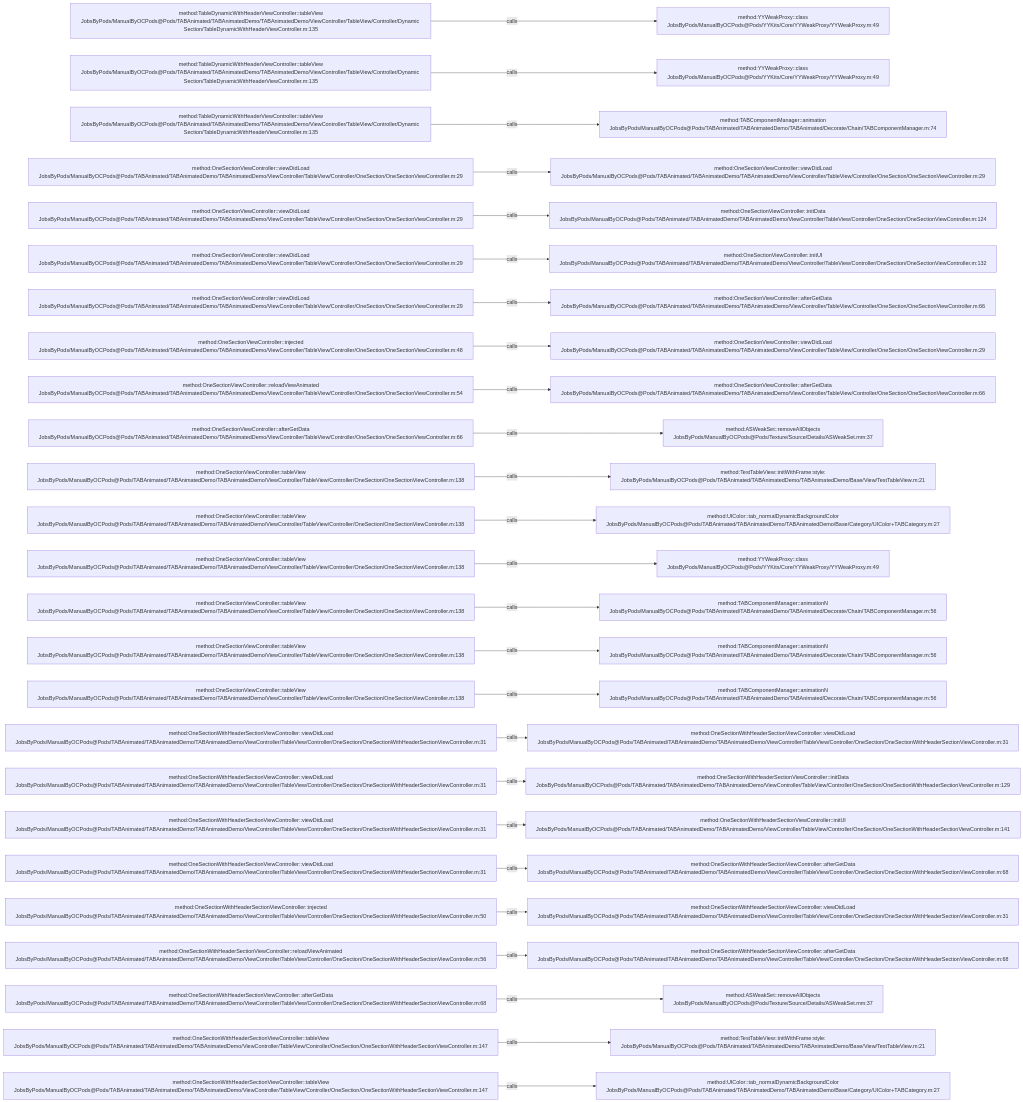
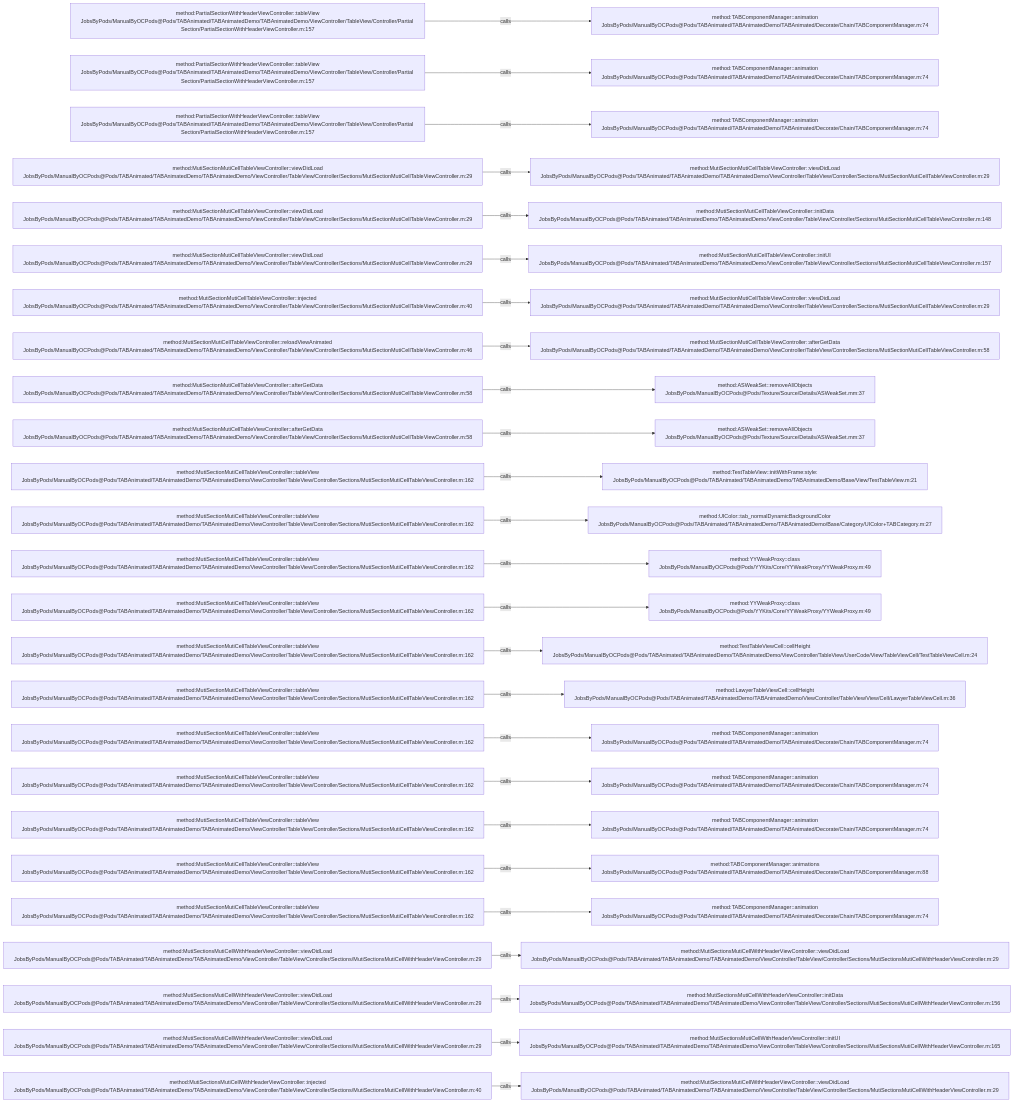
Before and after one commit to JobsKits/JobsOCBaseConfigDemo: the diagram in .codegraph/codegraph.md/graphs/calls-048.md, drawn with Mermaid. The commit also changed 2723 other files, not shown here.

````diff
--- a/.codegraph/codegraph.md/graphs/calls-048.md
+++ b/.codegraph/codegraph.md/graphs/calls-048.md
@@ -13,78 +13,78 @@
 ```mermaid
 flowchart LR
-  S1["method:TableDynamicWithHeaderViewController::tableView<br/>JobsByPods/ManualByOCPods@Pods/TABAnimated/TABAnimatedDemo/TABAnimatedDemo/ViewController/TableView/Controller/Dynamic Section/TableDynamicWithHeaderViewController.m:135"]
-  T1["method:YYWeakProxy::class<br/>JobsByPods/ManualByOCPods@Pods/YYKits/Core/YYWeakProxy/YYWeakProxy.m:49"]
+  S1["method:PartialSectionWithHeaderViewController::tableView<br/>JobsByPods/ManualByOCPods@Pods/TABAnimated/TABAnimatedDemo/TABAnimatedDemo/ViewController/TableView/Controller/Partial Section/PartialSectionWithHeaderViewController.m:157"]
+  T1["method:TABComponentManager::animation<br/>JobsByPods/ManualByOCPods@Pods/TABAnimated/TABAnimatedDemo/TABAnimated/Decorate/Chain/TABComponentManager.m:74"]
   S1 -->|calls| T1
-  S2["method:TableDynamicWithHeaderViewController::tableView<br/>JobsByPods/ManualByOCPods@Pods/TABAnimated/TABAnimatedDemo/TABAnimatedDemo/ViewController/TableView/Controller/Dynamic Section/TableDynamicWithHeaderViewController.m:135"]
-  T2["method:YYWeakProxy::class<br/>JobsByPods/ManualByOCPods@Pods/YYKits/Core/YYWeakProxy/YYWeakProxy.m:49"]
+  S2["method:PartialSectionWithHeaderViewController::tableView<br/>JobsByPods/ManualByOCPods@Pods/TABAnimated/TABAnimatedDemo/TABAnimatedDemo/ViewController/TableView/Controller/Partial Section/PartialSectionWithHeaderViewController.m:157"]
+  T2["method:TABComponentManager::animation<br/>JobsByPods/ManualByOCPods@Pods/TABAnimated/TABAnimatedDemo/TABAnimated/Decorate/Chain/TABComponentManager.m:74"]
   S2 -->|calls| T2
-  S3["method:TableDynamicWithHeaderViewController::tableView<br/>JobsByPods/ManualByOCPods@Pods/TABAnimated/TABAnimatedDemo/TABAnimatedDemo/ViewController/TableView/Controller/Dynamic Section/TableDynamicWithHeaderViewController.m:135"]
+  S3["method:PartialSectionWithHeaderViewController::tableView<br/>JobsByPods/ManualByOCPods@Pods/TABAnimated/TABAnimatedDemo/TABAnimatedDemo/ViewController/TableView/Controller/Partial Section/PartialSectionWithHeaderViewController.m:157"]
   T3["method:TABComponentManager::animation<br/>JobsByPods/ManualByOCPods@Pods/TABAnimated/TABAnimatedDemo/TABAnimated/Decorate/Chain/TABComponentManager.m:74"]
   S3 -->|calls| T3
-  S4["method:OneSectionViewController::viewDidLoad<br/>JobsByPods/ManualByOCPods@Pods/TABAnimated/TABAnimatedDemo/TABAnimatedDemo/ViewController/TableView/Controller/OneSection/OneSectionViewController.m:29"]
-  T4["method:OneSectionViewController::viewDidLoad<br/>JobsByPods/ManualByOCPods@Pods/TABAnimated/TABAnimatedDemo/TABAnimatedDemo/ViewController/TableView/Controller/OneSection/OneSectionViewController.m:29"]
+  S4["method:MutiSectionMutiCellTableViewController::viewDidLoad<br/>JobsByPods/ManualByOCPods@Pods/TABAnimated/TABAnimatedDemo/TABAnimatedDemo/ViewController/TableView/Controller/Sections/MutiSectionMutiCellTableViewController.m:29"]
+  T4["method:MutiSectionMutiCellTableViewController::viewDidLoad<br/>JobsByPods/ManualByOCPods@Pods/TABAnimated/TABAnimatedDemo/TABAnimatedDemo/ViewController/TableView/Controller/Sections/MutiSectionMutiCellTableViewController.m:29"]
   S4 -->|calls| T4
-  S5["method:OneSectionViewController::viewDidLoad<br/>JobsByPods/ManualByOCPods@Pods/TABAnimated/TABAnimatedDemo/TABAnimatedDemo/ViewController/TableView/Controller/OneSection/OneSectionViewController.m:29"]
-  T5["method:OneSectionViewController::initData<br/>JobsByPods/ManualByOCPods@Pods/TABAnimated/TABAnimatedDemo/TABAnimatedDemo/ViewController/TableView/Controller/OneSection/OneSectionViewController.m:124"]
+  S5["method:MutiSectionMutiCellTableViewController::viewDidLoad<br/>JobsByPods/ManualByOCPods@Pods/TABAnimated/TABAnimatedDemo/TABAnimatedDemo/ViewController/TableView/Controller/Sections/MutiSectionMutiCellTableViewController.m:29"]
+  T5["method:MutiSectionMutiCellTableViewController::initData<br/>JobsByPods/ManualByOCPods@Pods/TABAnimated/TABAnimatedDemo/TABAnimatedDemo/ViewController/TableView/Controller/Sections/MutiSectionMutiCellTableViewController.m:148"]
   S5 -->|calls| T5
-  S6["method:OneSectionViewController::viewDidLoad<br/>JobsByPods/ManualByOCPods@Pods/TABAnimated/TABAnimatedDemo/TABAnimatedDemo/ViewController/TableView/Controller/OneSection/OneSectionViewController.m:29"]
-  T6["method:OneSectionViewController::initUI<br/>JobsByPods/ManualByOCPods@Pods/TABAnimated/TABAnimatedDemo/TABAnimatedDemo/ViewController/TableView/Controller/OneSection/OneSectionViewController.m:132"]
+  S6["method:MutiSectionMutiCellTableViewController::viewDidLoad<br/>JobsByPods/ManualByOCPods@Pods/TABAnimated/TABAnimatedDemo/TABAnimatedDemo/ViewController/TableView/Controller/Sections/MutiSectionMutiCellTableViewController.m:29"]
+  T6["method:MutiSectionMutiCellTableViewController::initUI<br/>JobsByPods/ManualByOCPods@Pods/TABAnimated/TABAnimatedDemo/TABAnimatedDemo/ViewController/TableView/Controller/Sections/MutiSectionMutiCellTableViewController.m:157"]
   S6 -->|calls| T6
-  S7["method:OneSectionViewController::viewDidLoad<br/>JobsByPods/ManualByOCPods@Pods/TABAnimated/TABAnimatedDemo/TABAnimatedDemo/ViewController/TableView/Controller/OneSection/OneSectionViewController.m:29"]
-  T7["method:OneSectionViewController::afterGetData<br/>JobsByPods/ManualByOCPods@Pods/TABAnimated/TABAnimatedDemo/TABAnimatedDemo/ViewController/TableView/Controller/OneSection/OneSectionViewController.m:66"]
+  S7["method:MutiSectionMutiCellTableViewController::injected<br/>JobsByPods/ManualByOCPods@Pods/TABAnimated/TABAnimatedDemo/TABAnimatedDemo/ViewController/TableView/Controller/Sections/MutiSectionMutiCellTableViewController.m:40"]
+  T7["method:MutiSectionMutiCellTableViewController::viewDidLoad<br/>JobsByPods/ManualByOCPods@Pods/TABAnimated/TABAnimatedDemo/TABAnimatedDemo/ViewController/TableView/Controller/Sections/MutiSectionMutiCellTableViewController.m:29"]
   S7 -->|calls| T7
-  S8["method:OneSectionViewController::injected<br/>JobsByPods/ManualByOCPods@Pods/TABAnimated/TABAnimatedDemo/TABAnimatedDemo/ViewController/TableView/Controller/OneSection/OneSectionViewController.m:48"]
-  T8["method:OneSectionViewController::viewDidLoad<br/>JobsByPods/ManualByOCPods@Pods/TABAnimated/TABAnimatedDemo/TABAnimatedDemo/ViewController/TableView/Controller/OneSection/OneSectionViewController.m:29"]
+  S8["method:MutiSectionMutiCellTableViewController::reloadViewAnimated<br/>JobsByPods/ManualByOCPods@Pods/TABAnimated/TABAnimatedDemo/TABAnimatedDemo/ViewController/TableView/Controller/Sections/MutiSectionMutiCellTableViewController.m:46"]
+  T8["method:MutiSectionMutiCellTableViewController::afterGetData<br/>JobsByPods/ManualByOCPods@Pods/TABAnimated/TABAnimatedDemo/TABAnimatedDemo/ViewController/TableView/Controller/Sections/MutiSectionMutiCellTableViewController.m:58"]
   S8 -->|calls| T8
-  S9["method:OneSectionViewController::reloadViewAnimated<br/>JobsByPods/ManualByOCPods@Pods/TABAnimated/TABAnimatedDemo/TABAnimatedDemo/ViewController/TableView/Controller/OneSection/OneSectionViewController.m:54"]
-  T9["method:OneSectionViewController::afterGetData<br/>JobsByPods/ManualByOCPods@Pods/TABAnimated/TABAnimatedDemo/TABAnimatedDemo/ViewController/TableView/Controller/OneSection/OneSectionViewController.m:66"]
+  S9["method:MutiSectionMutiCellTableViewController::afterGetData<br/>JobsByPods/ManualByOCPods@Pods/TABAnimated/TABAnimatedDemo/TABAnimatedDemo/ViewController/TableView/Controller/Sections/MutiSectionMutiCellTableViewController.m:58"]
+  T9["method:ASWeakSet::removeAllObjects<br/>JobsByPods/ManualByOCPods@Pods/Texture/Source/Details/ASWeakSet.mm:37"]
   S9 -->|calls| T9
-  S10["method:OneSectionViewController::afterGetData<br/>JobsByPods/ManualByOCPods@Pods/TABAnimated/TABAnimatedDemo/TABAnimatedDemo/ViewController/TableView/Controller/OneSection/OneSectionViewController.m:66"]
+  S10["method:MutiSectionMutiCellTableViewController::afterGetData<br/>JobsByPods/ManualByOCPods@Pods/TABAnimated/TABAnimatedDemo/TABAnimatedDemo/ViewController/TableView/Controller/Sections/MutiSectionMutiCellTableViewController.m:58"]
   T10["method:ASWeakSet::removeAllObjects<br/>JobsByPods/ManualByOCPods@Pods/Texture/Source/Details/ASWeakSet.mm:37"]
   S10 -->|calls| T10
-  S11["method:OneSectionViewController::tableView<br/>JobsByPods/ManualByOCPods@Pods/TABAnimated/TABAnimatedDemo/TABAnimatedDemo/ViewController/TableView/Controller/OneSection/OneSectionViewController.m:138"]
+  S11["method:MutiSectionMutiCellTableViewController::tableView<br/>JobsByPods/ManualByOCPods@Pods/TABAnimated/TABAnimatedDemo/TABAnimatedDemo/ViewController/TableView/Controller/Sections/MutiSectionMutiCellTableViewController.m:162"]
   T11["method:TestTableView::initWithFrame:style:<br/>JobsByPods/ManualByOCPods@Pods/TABAnimated/TABAnimatedDemo/TABAnimatedDemo/Base/View/TestTableView.m:21"]
   S11 -->|calls| T11
-  S12["method:OneSectionViewController::tableView<br/>JobsByPods/ManualByOCPods@Pods/TABAnimated/TABAnimatedDemo/TABAnimatedDemo/ViewController/TableView/Controller/OneSection/OneSectionViewController.m:138"]
+  S12["method:MutiSectionMutiCellTableViewController::tableView<br/>JobsByPods/ManualByOCPods@Pods/TABAnimated/TABAnimatedDemo/TABAnimatedDemo/ViewController/TableView/Controller/Sections/MutiSectionMutiCellTableViewController.m:162"]
   T12["method:UIColor::tab_normalDynamicBackgroundColor<br/>JobsByPods/ManualByOCPods@Pods/TABAnimated/TABAnimatedDemo/TABAnimatedDemo/Base/Category/UIColor+TABCategory.m:27"]
   S12 -->|calls| T12
-  S13["method:OneSectionViewController::tableView<br/>JobsByPods/ManualByOCPods@Pods/TABAnimated/TABAnimatedDemo/TABAnimatedDemo/ViewController/TableView/Controller/OneSection/OneSectionViewController.m:138"]
+  S13["method:MutiSectionMutiCellTableViewController::tableView<br/>JobsByPods/ManualByOCPods@Pods/TABAnimated/TABAnimatedDemo/TABAnimatedDemo/ViewController/TableView/Controller/Sections/MutiSectionMutiCellTableViewController.m:162"]
   T13["method:YYWeakProxy::class<br/>JobsByPods/ManualByOCPods@Pods/YYKits/Core/YYWeakProxy/YYWeakProxy.m:49"]
   S13 -->|calls| T13
-  S14["method:OneSectionViewController::tableView<br/>JobsByPods/ManualByOCPods@Pods/TABAnimated/TABAnimatedDemo/TABAnimatedDemo/ViewController/TableView/Controller/OneSection/OneSectionViewController.m:138"]
-  T14["method:TABComponentManager::animationN<br/>JobsByPods/ManualByOCPods@Pods/TABAnimated/TABAnimatedDemo/TABAnimated/Decorate/Chain/TABComponentManager.m:56"]
+  S14["method:MutiSectionMutiCellTableViewController::tableView<br/>JobsByPods/ManualByOCPods@Pods/TABAnimated/TABAnimatedDemo/TABAnimatedDemo/ViewController/TableView/Controller/Sections/MutiSectionMutiCellTableViewController.m:162"]
+  T14["method:YYWeakProxy::class<br/>JobsByPods/ManualByOCPods@Pods/YYKits/Core/YYWeakProxy/YYWeakProxy.m:49"]
   S14 -->|calls| T14
-  S15["method:OneSectionViewController::tableView<br/>JobsByPods/ManualByOCPods@Pods/TABAnimated/TABAnimatedDemo/TABAnimatedDemo/ViewController/TableView/Controller/OneSection/OneSectionViewController.m:138"]
-  T15["method:TABComponentManager::animationN<br/>JobsByPods/ManualByOCPods@Pods/TABAnimated/TABAnimatedDemo/TABAnimated/Decorate/Chain/TABComponentManager.m:56"]
+  S15["method:MutiSectionMutiCellTableViewController::tableView<br/>JobsByPods/ManualByOCPods@Pods/TABAnimated/TABAnimatedDemo/TABAnimatedDemo/ViewController/TableView/Controller/Sections/MutiSectionMutiCellTableViewController.m:162"]
+  T15["method:TestTableViewCell::cellHeight<br/>JobsByPods/ManualByOCPods@Pods/TABAnimated/TABAnimatedDemo/TABAnimatedDemo/ViewController/TableView/UserCode/View/TableViewCell/TestTableViewCell.m:24"]
   S15 -->|calls| T15
-  S16["method:OneSectionViewController::tableView<br/>JobsByPods/ManualByOCPods@Pods/TABAnimated/TABAnimatedDemo/TABAnimatedDemo/ViewController/TableView/Controller/OneSection/OneSectionViewController.m:138"]
-  T16["method:TABComponentManager::animationN<br/>JobsByPods/ManualByOCPods@Pods/TABAnimated/TABAnimatedDemo/TABAnimated/Decorate/Chain/TABComponentManager.m:56"]
+  S16["method:MutiSectionMutiCellTableViewController::tableView<br/>JobsByPods/ManualByOCPods@Pods/TABAnimated/TABAnimatedDemo/TABAnimatedDemo/ViewController/TableView/Controller/Sections/MutiSectionMutiCellTableViewController.m:162"]
+  T16["method:LawyerTableViewCell::cellHeight<br/>JobsByPods/ManualByOCPods@Pods/TABAnimated/TABAnimatedDemo/TABAnimatedDemo/ViewController/TableView/View/Cell/LawyerTableViewCell.m:36"]
   S16 -->|calls| T16
-  S17["method:OneSectionWithHeaderSectionViewController::viewDidLoad<br/>JobsByPods/ManualByOCPods@Pods/TABAnimated/TABAnimatedDemo/TABAnimatedDemo/ViewController/TableView/Controller/OneSection/OneSectionWithHeaderSectionViewController.m:31"]
-  T17["method:OneSectionWithHeaderSectionViewController::viewDidLoad<br/>JobsByPods/ManualByOCPods@Pods/TABAnimated/TABAnimatedDemo/TABAnimatedDemo/ViewController/TableView/Controller/OneSection/OneSectionWithHeaderSectionViewController.m:31"]
+  S17["method:MutiSectionMutiCellTableViewController::tableView<br/>JobsByPods/ManualByOCPods@Pods/TABAnimated/TABAnimatedDemo/TABAnimatedDemo/ViewController/TableView/Controller/Sections/MutiSectionMutiCellTableViewController.m:162"]
+  T17["method:TABComponentManager::animation<br/>JobsByPods/ManualByOCPods@Pods/TABAnimated/TABAnimatedDemo/TABAnimated/Decorate/Chain/TABComponentManager.m:74"]
   S17 -->|calls| T17
-  S18["method:OneSectionWithHeaderSectionViewController::viewDidLoad<br/>JobsByPods/ManualByOCPods@Pods/TABAnimated/TABAnimatedDemo/TABAnimatedDemo/ViewController/TableView/Controller/OneSection/OneSectionWithHeaderSectionViewController.m:31"]
-  T18["method:OneSectionWithHeaderSectionViewController::initData<br/>JobsByPods/ManualByOCPods@Pods/TABAnimated/TABAnimatedDemo/TABAnimatedDemo/ViewController/TableView/Controller/OneSection/OneSectionWithHeaderSectionViewController.m:129"]
+  S18["method:MutiSectionMutiCellTableViewController::tableView<br/>JobsByPods/ManualByOCPods@Pods/TABAnimated/TABAnimatedDemo/TABAnimatedDemo/ViewController/TableView/Controller/Sections/MutiSectionMutiCellTableViewController.m:162"]
+  T18["method:TABComponentManager::animation<br/>JobsByPods/ManualByOCPods@Pods/TABAnimated/TABAnimatedDemo/TABAnimated/Decorate/Chain/TABComponentManager.m:74"]
   S18 -->|calls| T18
-  S19["method:OneSectionWithHeaderSectionViewController::viewDidLoad<br/>JobsByPods/ManualByOCPods@Pods/TABAnimated/TABAnimatedDemo/TABAnimatedDemo/ViewController/TableView/Controller/OneSection/OneSectionWithHeaderSectionViewController.m:31"]
-  T19["method:OneSectionWithHeaderSectionViewController::initUI<br/>JobsByPods/ManualByOCPods@Pods/TABAnimated/TABAnimatedDemo/TABAnimatedDemo/ViewController/TableView/Controller/OneSection/OneSectionWithHeaderSectionViewController.m:141"]
+  S19["method:MutiSectionMutiCellTableViewController::tableView<br/>JobsByPods/ManualByOCPods@Pods/TABAnimated/TABAnimatedDemo/TABAnimatedDemo/ViewController/TableView/Controller/Sections/MutiSectionMutiCellTableViewController.m:162"]
+  T19["method:TABComponentManager::animation<br/>JobsByPods/ManualByOCPods@Pods/TABAnimated/TABAnimatedDemo/TABAnimated/Decorate/Chain/TABComponentManager.m:74"]
   S19 -->|calls| T19
-  S20["method:OneSectionWithHeaderSectionViewController::viewDidLoad<br/>JobsByPods/ManualByOCPods@Pods/TABAnimated/TABAnimatedDemo/TABAnimatedDemo/ViewController/TableView/Controller/OneSection/OneSectionWithHeaderSectionViewController.m:31"]
-  T20["method:OneSectionWithHeaderSectionViewController::afterGetData<br/>JobsByPods/ManualByOCPods@Pods/TABAnimated/TABAnimatedDemo/TABAnimatedDemo/ViewController/TableView/Controller/OneSection/OneSectionWithHeaderSectionViewController.m:68"]
+  S20["method:MutiSectionMutiCellTableViewController::tableView<br/>JobsByPods/ManualByOCPods@Pods/TABAnimated/TABAnimatedDemo/TABAnimatedDemo/ViewController/TableView/Controller/Sections/MutiSectionMutiCellTableViewController.m:162"]
+  T20["method:TABComponentManager::animations<br/>JobsByPods/ManualByOCPods@Pods/TABAnimated/TABAnimatedDemo/TABAnimated/Decorate/Chain/TABComponentManager.m:88"]
   S20 -->|calls| T20
-  S21["method:OneSectionWithHeaderSectionViewController::injected<br/>JobsByPods/ManualByOCPods@Pods/TABAnimated/TABAnimatedDemo/TABAnimatedDemo/ViewController/TableView/Controller/OneSection/OneSectionWithHeaderSectionViewController.m:50"]
-  T21["method:OneSectionWithHeaderSectionViewController::viewDidLoad<br/>JobsByPods/ManualByOCPods@Pods/TABAnimated/TABAnimatedDemo/TABAnimatedDemo/ViewController/TableView/Controller/OneSection/OneSectionWithHeaderSectionViewController.m:31"]
+  S21["method:MutiSectionMutiCellTableViewController::tableView<br/>JobsByPods/ManualByOCPods@Pods/TABAnimated/TABAnimatedDemo/TABAnimatedDemo/ViewController/TableView/Controller/Sections/MutiSectionMutiCellTableViewController.m:162"]
+  T21["method:TABComponentManager::animation<br/>JobsByPods/ManualByOCPods@Pods/TABAnimated/TABAnimatedDemo/TABAnimated/Decorate/Chain/TABComponentManager.m:74"]
   S21 -->|calls| T21
-  S22["method:OneSectionWithHeaderSectionViewController::reloadViewAnimated<br/>JobsByPods/ManualByOCPods@Pods/TABAnimated/TABAnimatedDemo/TABAnimatedDemo/ViewController/TableView/Controller/OneSection/OneSectionWithHeaderSectionViewController.m:56"]
-  T22["method:OneSectionWithHeaderSectionViewController::afterGetData<br/>JobsByPods/ManualByOCPods@Pods/TABAnimated/TABAnimatedDemo/TABAnimatedDemo/ViewController/TableView/Controller/OneSection/OneSectionWithHeaderSectionViewController.m:68"]
+  S22["method:MutiSectionsMutiCellWithHeaderViewController::viewDidLoad<br/>JobsByPods/ManualByOCPods@Pods/TABAnimated/TABAnimatedDemo/TABAnimatedDemo/ViewController/TableView/Controller/Sections/MutiSectionsMutiCellWithHeaderViewController.m:29"]
+  T22["method:MutiSectionsMutiCellWithHeaderViewController::viewDidLoad<br/>JobsByPods/ManualByOCPods@Pods/TABAnimated/TABAnimatedDemo/TABAnimatedDemo/ViewController/TableView/Controller/Sections/MutiSectionsMutiCellWithHeaderViewController.m:29"]
   S22 -->|calls| T22
-  S23["method:OneSectionWithHeaderSectionViewController::afterGetData<br/>JobsByPods/ManualByOCPods@Pods/TABAnimated/TABAnimatedDemo/TABAnimatedDemo/ViewController/TableView/Controller/OneSection/OneSectionWithHeaderSectionViewController.m:68"]
-  T23["method:ASWeakSet::removeAllObjects<br/>JobsByPods/ManualByOCPods@Pods/Texture/Source/Details/ASWeakSet.mm:37"]
+  S23["method:MutiSectionsMutiCellWithHeaderViewController::viewDidLoad<br/>JobsByPods/ManualByOCPods@Pods/TABAnimated/TABAnimatedDemo/TABAnimatedDemo/ViewController/TableView/Controller/Sections/MutiSectionsMutiCellWithHeaderViewController.m:29"]
+  T23["method:MutiSectionsMutiCellWithHeaderViewController::initData<br/>JobsByPods/ManualByOCPods@Pods/TABAnimated/TABAnimatedDemo/TABAnimatedDemo/ViewController/TableView/Controller/Sections/MutiSectionsMutiCellWithHeaderViewController.m:156"]
   S23 -->|calls| T23
-  S24["method:OneSectionWithHeaderSectionViewController::tableView<br/>JobsByPods/ManualByOCPods@Pods/TABAnimated/TABAnimatedDemo/TABAnimatedDemo/ViewController/TableView/Controller/OneSection/OneSectionWithHeaderSectionViewController.m:147"]
-  T24["method:TestTableView::initWithFrame:style:<br/>JobsByPods/ManualByOCPods@Pods/TABAnimated/TABAnimatedDemo/TABAnimatedDemo/Base/View/TestTableView.m:21"]
+  S24["method:MutiSectionsMutiCellWithHeaderViewController::viewDidLoad<br/>JobsByPods/ManualByOCPods@Pods/TABAnimated/TABAnimatedDemo/TABAnimatedDemo/ViewController/TableView/Controller/Sections/MutiSectionsMutiCellWithHeaderViewController.m:29"]
+  T24["method:MutiSectionsMutiCellWithHeaderViewController::initUI<br/>JobsByPods/ManualByOCPods@Pods/TABAnimated/TABAnimatedDemo/TABAnimatedDemo/ViewController/TableView/Controller/Sections/MutiSectionsMutiCellWithHeaderViewController.m:165"]
   S24 -->|calls| T24
-  S25["method:OneSectionWithHeaderSectionViewController::tableView<br/>JobsByPods/ManualByOCPods@Pods/TABAnimated/TABAnimatedDemo/TABAnimatedDemo/ViewController/TableView/Controller/OneSection/OneSectionWithHeaderSectionViewController.m:147"]
-  T25["method:UIColor::tab_normalDynamicBackgroundColor<br/>JobsByPods/ManualByOCPods@Pods/TABAnimated/TABAnimatedDemo/TABAnimatedDemo/Base/Category/UIColor+TABCategory.m:27"]
+  S25["method:MutiSectionsMutiCellWithHeaderViewController::injected<br/>JobsByPods/ManualByOCPods@Pods/TABAnimated/TABAnimatedDemo/TABAnimatedDemo/ViewController/TableView/Controller/Sections/MutiSectionsMutiCellWithHeaderViewController.m:40"]
+  T25["method:MutiSectionsMutiCellWithHeaderViewController::viewDidLoad<br/>JobsByPods/ManualByOCPods@Pods/TABAnimated/TABAnimatedDemo/TABAnimatedDemo/ViewController/TableView/Controller/Sections/MutiSectionsMutiCellWithHeaderViewController.m:29"]
   S25 -->|calls| T25
 ```
````
